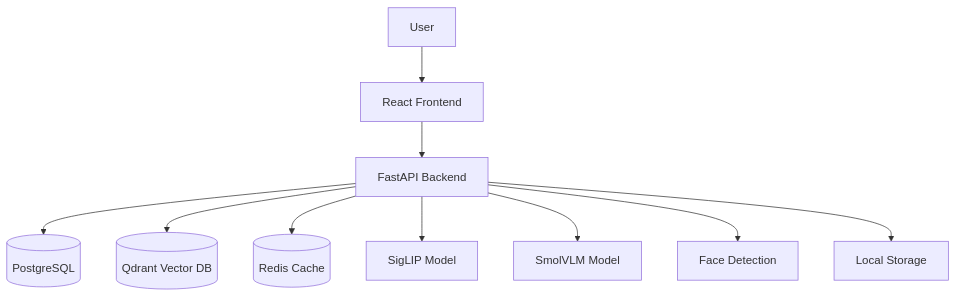
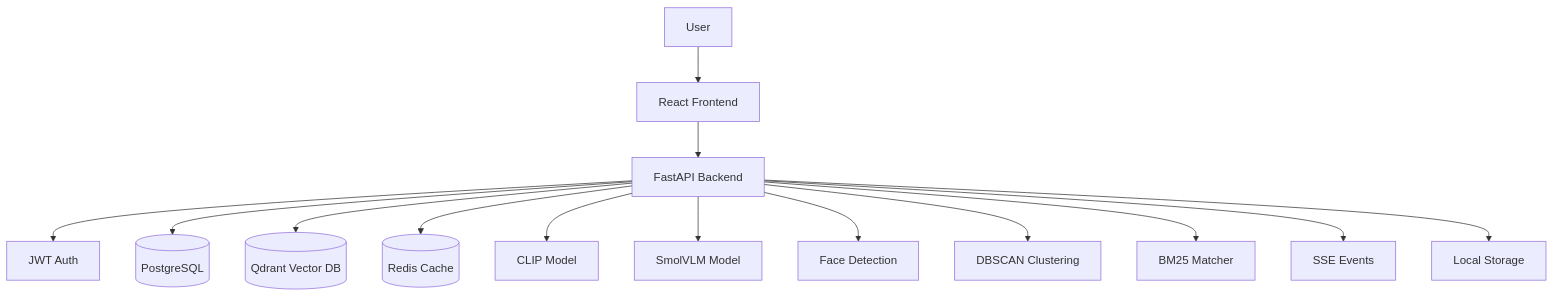
The diagram in README.md (aryan-marthak/Media-Search), drawn with Mermaid before and after one commit. The commit also changed other lines of this file, not shown here.

````diff
--- a/README.md
+++ b/README.md
@@ -23,12 +27,16 @@
 ```mermaid
 graph TB
     User[User] --> Frontend[React Frontend]
     Frontend --> API[FastAPI Backend]
+    API --> AuthModule[JWT Auth]
     API --> PG[(PostgreSQL)]
     API --> Qdrant[(Qdrant Vector DB)]
     API --> Redis[(Redis Cache)]
-    API --> SigLIP[SigLIP Model]
+    API --> CLIP[CLIP Model]
     API --> VLM[SmolVLM Model]
     API --> Face[Face Detection]
+    API --> Clustering[DBSCAN Clustering]
+    API --> BM25[BM25 Matcher]
+    API --> SSE[SSE Events]
     API --> Storage[Local Storage]
 ```
````
